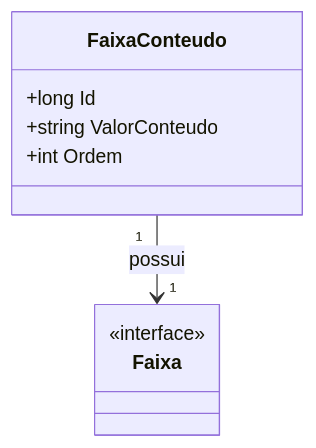
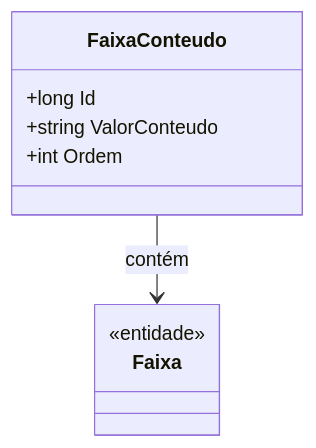
One commit to IsthmusSistemas/documentacao-tecnica changed the diagram in docs/b2b-dominio/IsthmusWinthor.Nucleo/IsthmusWinthor.Dominio/Entidades/FaixaConteudo.md. Above: the diagram before and after it, drawn with Mermaid. The commit also changed other lines of this file and 882 other files, not shown here.

````diff
--- a/docs/b2b-dominio/IsthmusWinthor.Nucleo/IsthmusWinthor.Dominio/Entidades/FaixaConteudo.md
+++ b/docs/b2b-dominio/IsthmusWinthor.Nucleo/IsthmusWinthor.Dominio/Entidades/FaixaConteudo.md
@@ -21,12 +22,14 @@
 ```mermaid
 classDiagram
     class FaixaConteudo {
         +long Id
         +string ValorConteudo
         +int Ordem
     }
+    
     class Faixa {
-        <<interface>>
+        <<entidade>>
     }
-    FaixaConteudo "1" --> "1" Faixa : possui
+    
+    FaixaConteudo --> Faixa : contém
 ```
````
